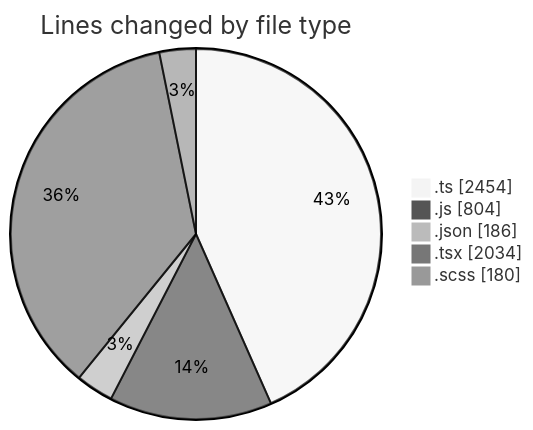
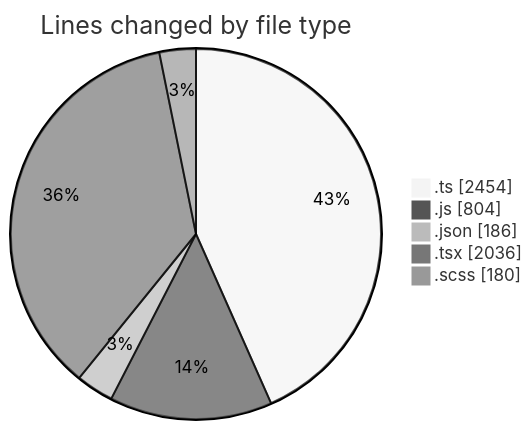
The first of 2 diagrams in 2026-06-18/cda/README.md (momahboobian/code-tracking), drawn with Mermaid (neutral theme) before and after one commit. The commit also changed other lines of this file and 1 other file, not shown here.

````diff
--- a/2026-06-18/cda/README.md
+++ b/2026-06-18/cda/README.md
@@ -49,9 +49,9 @@
 ```mermaid
 pie showData
 title Lines changed by file type
 ".ts" : 2454
 ".js" : 804
 ".json" : 186
-".tsx" : 2034
+".tsx" : 2036
 ".scss" : 180
 ```
````
